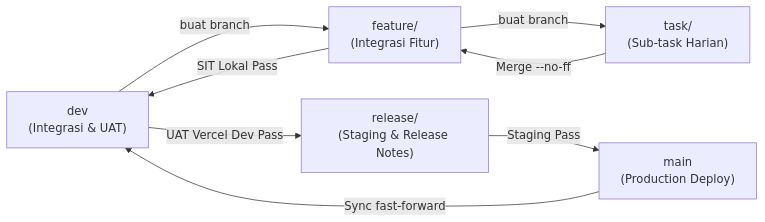
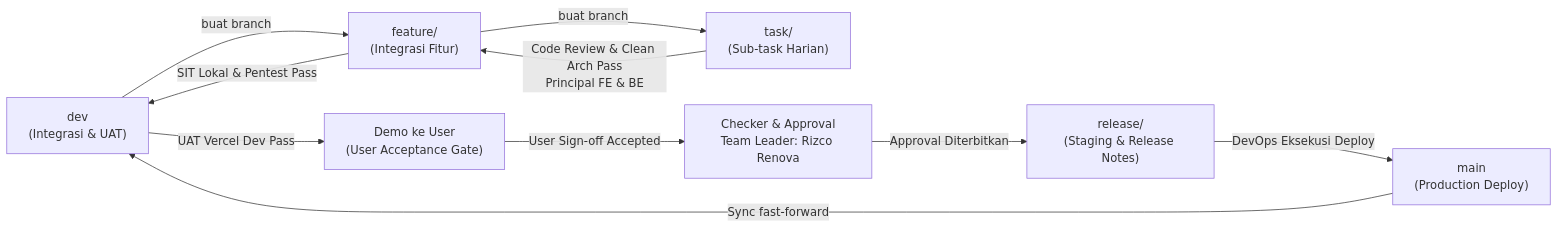
Before and after one commit to zixew/lokatalenta: the diagram in docs/planning/04_BRANCHING_AND_RELEASE_STRATEGY.md, drawn with Mermaid. The commit also changed other lines of this file and 14 other files, not shown here.

````diff
--- a/docs/planning/04_BRANCHING_AND_RELEASE_STRATEGY.md
+++ b/docs/planning/04_BRANCHING_AND_RELEASE_STRATEGY.md
@@ -10,10 +10,12 @@
 ```mermaid
 flowchart LR
   D["dev\n(Integrasi & UAT)"] -->|buat branch| F["feature/<sprint>\n(Integrasi Fitur)"]
   F -->|buat branch| T["task/<bl-id>\n(Sub-task Harian)"]
-  T -->|Merge --no-ff| F
-  F -->|SIT Lokal Pass| D
-  D -->|UAT Vercel Dev Pass| R["release/<versi>\n(Staging & Release Notes)"]
-  R -->|Staging Pass| M["main\n(Production Deploy)"]
+  T -->|Code Review & Clean Arch Pass\nPrincipal FE & BE| F
+  F -->|SIT Lokal & Pentest Pass| D
+  D -->|UAT Vercel Dev Pass| DM["Demo ke User\n(User Acceptance Gate)"]
+  DM -->|User Sign-off Accepted| TL["Checker & Approval\nTeam Leader: Rizco Renova"]
+  TL -->|Approval Diterbitkan| R["release/<versi>\n(Staging & Release Notes)"]
+  R -->|DevOps Eksekusi Deploy| M["main\n(Production Deploy)"]
   M -->|Sync fast-forward| D
 ```
````
